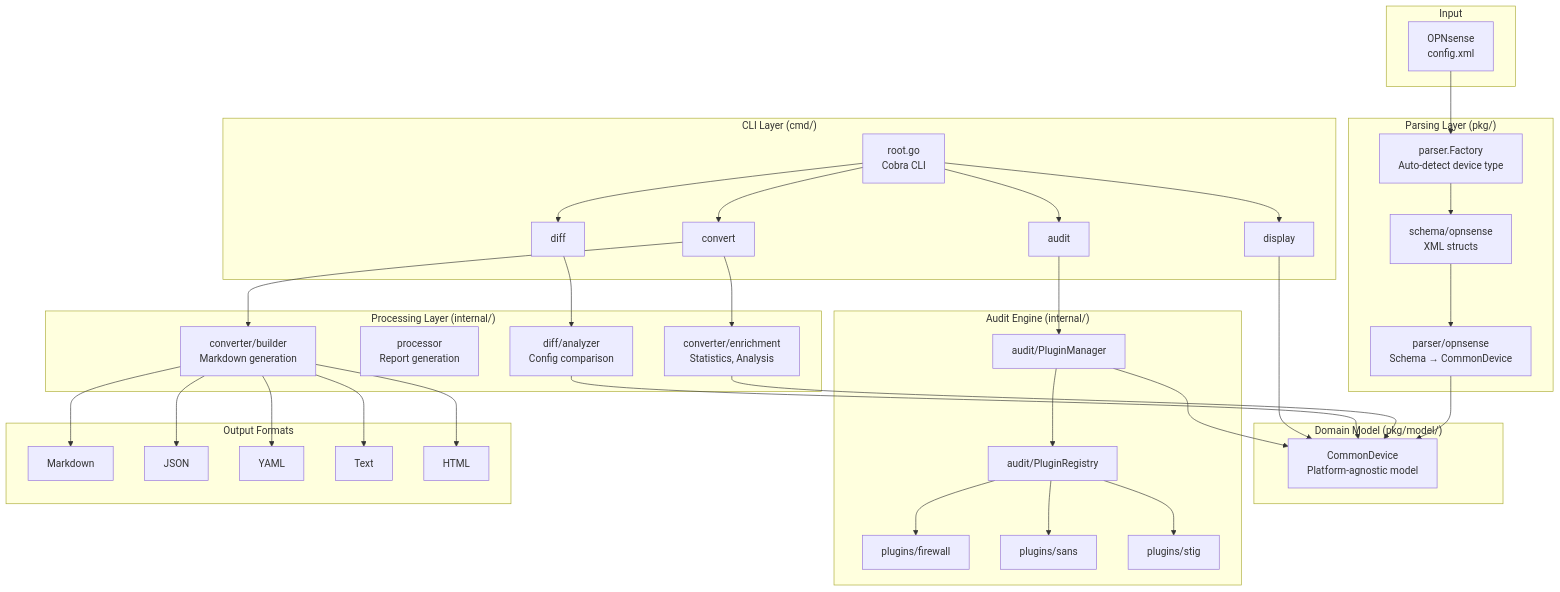
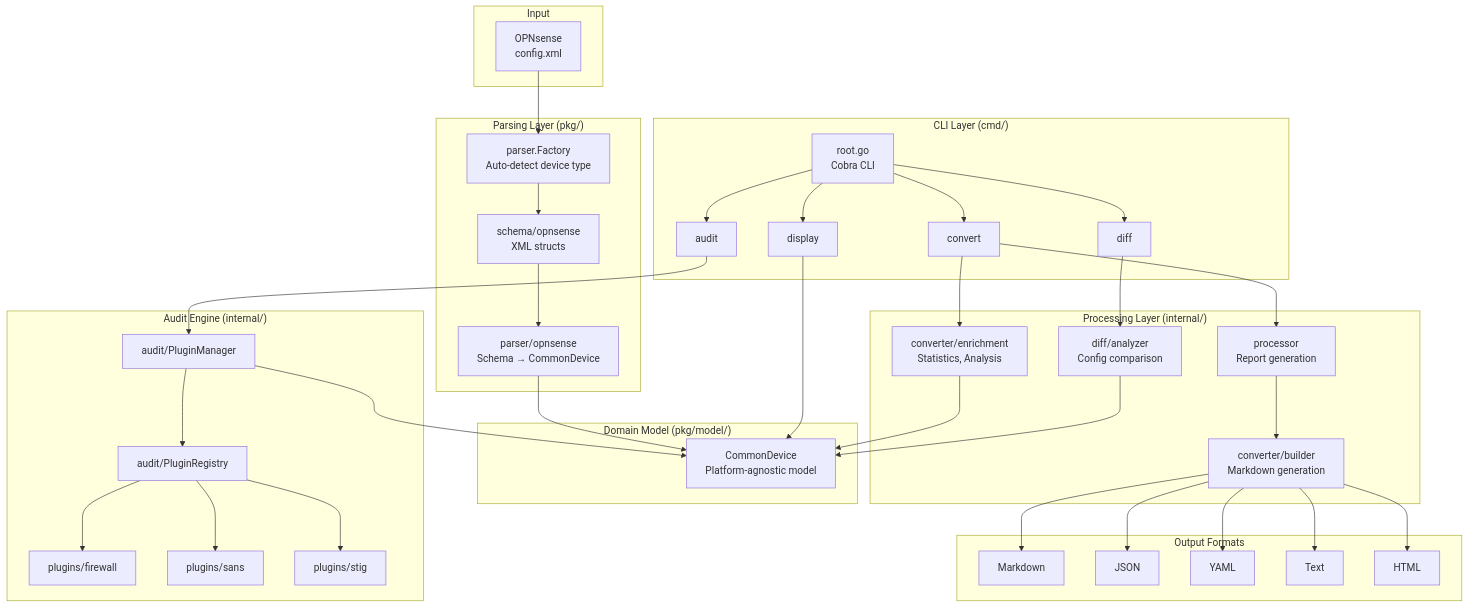
The diagram in docs/architecture-diagram.mmd (EvilBit-Labs/opnDossier), drawn with Mermaid before and after one commit.

Commit message:
fix: correct flow in architecture diagram by adjusting connections between processing and builder components

```diff
--- a/docs/architecture-diagram.mmd
+++ b/docs/architecture-diagram.mmd
@@ -1,76 +1,77 @@
 graph TD
     subgraph CLI["CLI Layer (cmd/)"]
         ROOT[root.go<br/>Cobra CLI]
         CONVERT[convert]
         AUDIT[audit]
         DIFF[diff]
         DISPLAY[display]
     end
 
     subgraph Input["Input"]
         XML[OPNsense<br/>config.xml]
     end
 
     subgraph Parsing["Parsing Layer (pkg/)"]
         FACTORY[parser.Factory<br/>Auto-detect device type]
         SCHEMA[schema/opnsense<br/>XML structs]
         CONVERTER[parser/opnsense<br/>Schema → CommonDevice]
     end
 
     subgraph Model["Domain Model (pkg/model/)"]
         CD[CommonDevice<br/>Platform-agnostic model]
     end
 
     subgraph Processing["Processing Layer (internal/)"]
         ENRICH[converter/enrichment<br/>Statistics, Analysis]
         PROC[processor<br/>Report generation]
         DIFFENG[diff/analyzer<br/>Config comparison]
         BUILDER[converter/builder<br/>Markdown generation]
     end
 
     subgraph Audit["Audit Engine (internal/)"]
         PM[audit/PluginManager]
         REG[audit/PluginRegistry]
         FW[plugins/firewall]
         SANS[plugins/sans]
         STIG[plugins/stig]
     end
 
     subgraph Output["Output Formats"]
         MD[Markdown]
         JSON_OUT[JSON]
         YAML_OUT[YAML]
         TXT[Text]
         HTML_OUT[HTML]
     end
 
     XML --> FACTORY
     FACTORY --> SCHEMA
     SCHEMA --> CONVERTER
     CONVERTER --> CD
 
     ROOT --> CONVERT
     ROOT --> AUDIT
     ROOT --> DIFF
     ROOT --> DISPLAY
 
     CONVERT --> ENRICH
-    CONVERT --> BUILDER
+    CONVERT --> PROC
     ENRICH --> CD
+    PROC --> BUILDER
     BUILDER --> MD
     BUILDER --> JSON_OUT
     BUILDER --> YAML_OUT
     BUILDER --> TXT
     BUILDER --> HTML_OUT
 
     AUDIT --> PM
     PM --> REG
     REG --> FW
     REG --> SANS
     REG --> STIG
     PM --> CD
 
     DIFF --> DIFFENG
     DIFFENG --> CD
 
     DISPLAY --> CD
```
